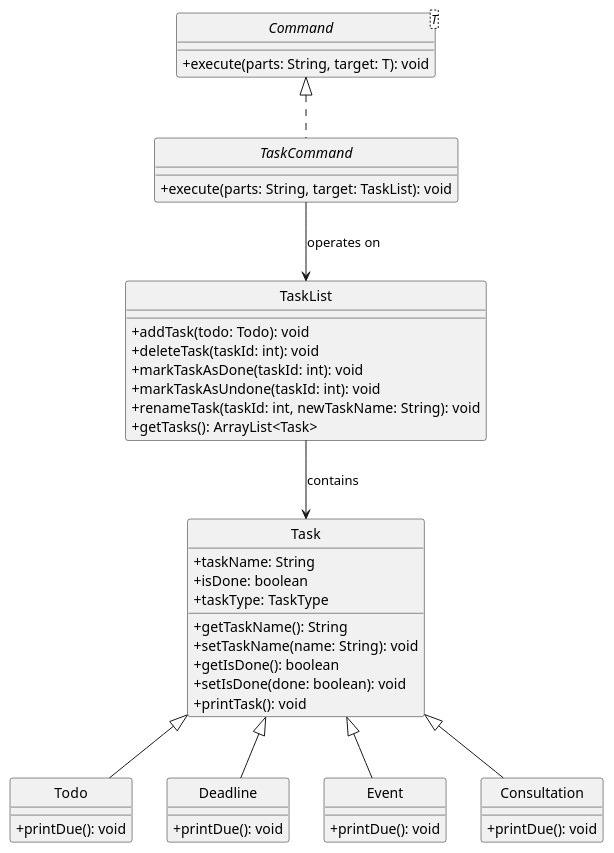
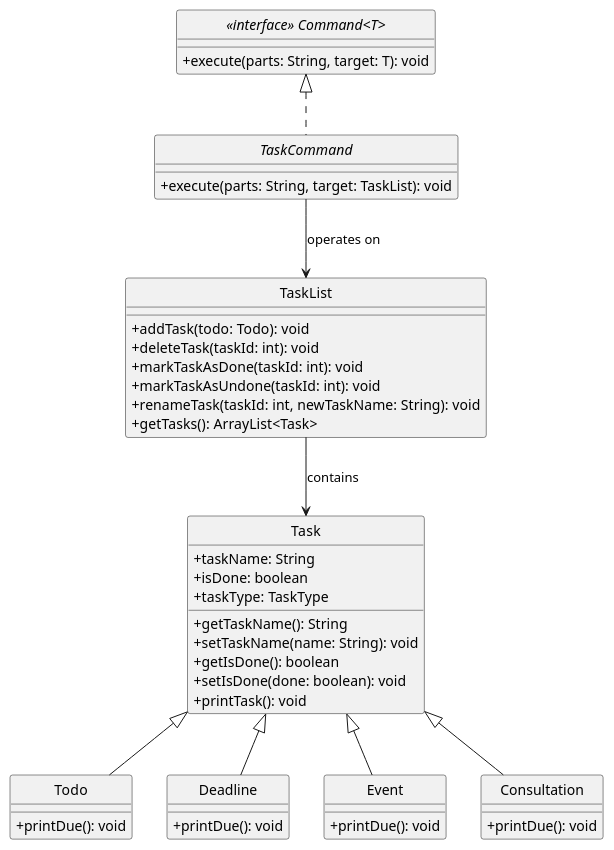
One commit to wongyihao02/tp changed the diagram in docs/diagrams/tasklistcommands/TaskCommandsClassDiagram.puml. Above: the diagram before and after it, drawn with PlantUML. The commit also changed 1 other file, not shown here.

Commit message:
Edit task commands class diagram

```diff
--- a/docs/diagrams/tasklistcommands/TaskCommandsClassDiagram.puml
+++ b/docs/diagrams/tasklistcommands/TaskCommandsClassDiagram.puml
@@ -1,56 +1,56 @@
 @startuml
 
 hide circle
 skinparam classAttributeIconSize 0
 
-interface Command<T> {
+interface "<<interface>> Command<T>" {
     + execute(parts: String, target: T): void
 }
 
 abstract class TaskCommand {
     + execute(parts: String, target: TaskList): void
 }
 
 class TaskList {
     + addTask(todo: Todo): void
     + deleteTask(taskId: int): void
     + markTaskAsDone(taskId: int): void
     + markTaskAsUndone(taskId: int): void
     + renameTask(taskId: int, newTaskName: String): void
     + getTasks(): ArrayList<Task>
 }
 
 class Task {
     + taskName: String
     + isDone: boolean
     + taskType: TaskType
     + getTaskName(): String
     + setTaskName(name: String): void
     + getIsDone(): boolean
     + setIsDone(done: boolean): void
     + printTask(): void
 }
 
 class Todo {
     + printDue(): void
 }
 class Deadline {
     + printDue(): void
 }
 class Event {
     + printDue(): void
 }
 class Consultation {
     + printDue(): void
 }
 
-Command <|.. TaskCommand
+"<<interface>> Command<T>" <|.. TaskCommand
 TaskCommand --> TaskList : operates on
 
 TaskList --> Task : contains
 Task <|-- Todo
 Task <|-- Deadline
 Task <|-- Event
 Task <|-- Consultation
 
 @enduml
```
